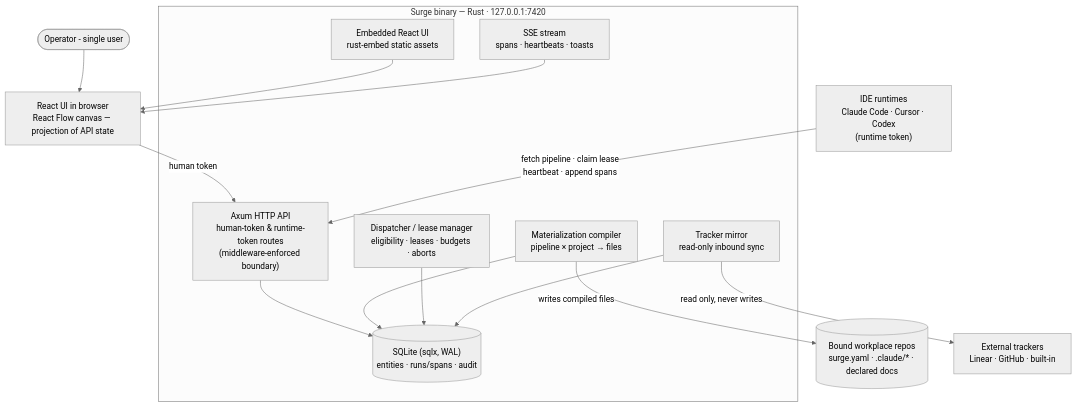
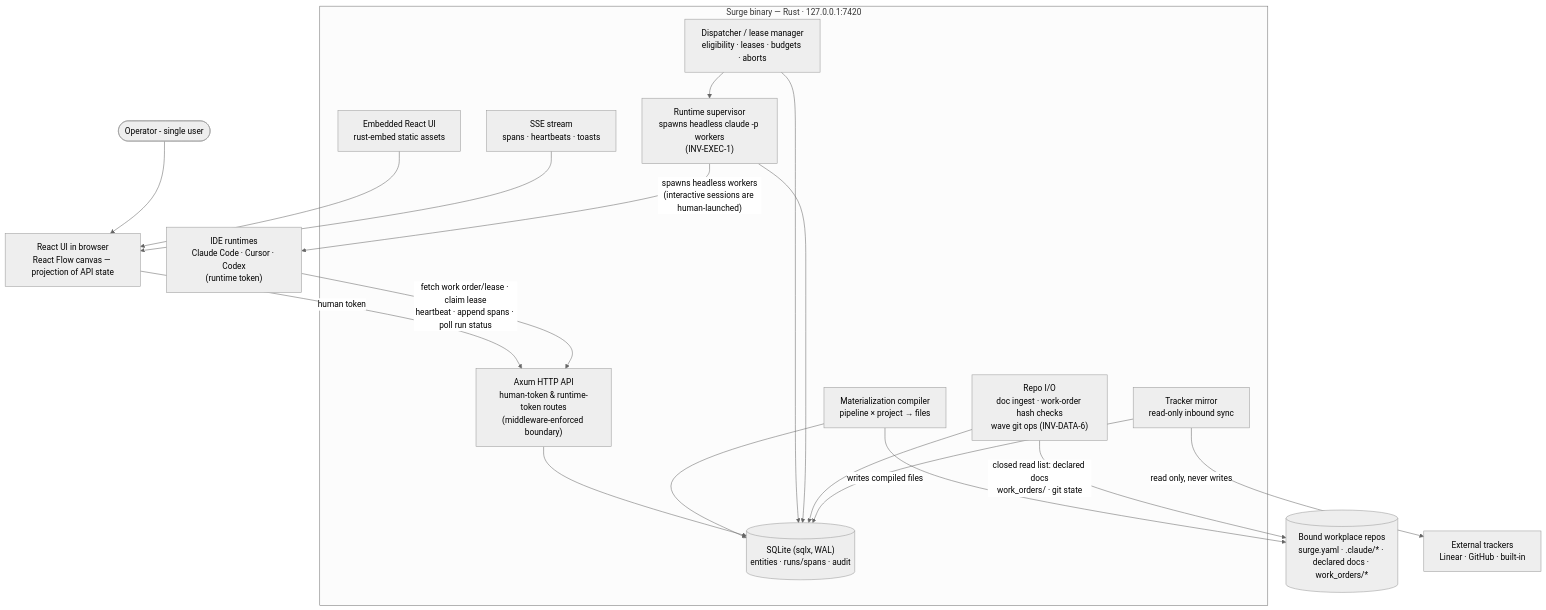
One commit to traitbound/surge changed the diagram in docs/product/architecture.md. Above: the diagram before and after it, drawn with Mermaid (neutral theme). The commit also changed other lines of this file and 8 other files, not shown here.

First line of the commit message:
Concept audit fixes: actuator, repo read path, closed-list amendments, hash identity

````diff
--- a/docs/product/architecture.md
+++ b/docs/product/architecture.md
@@ -7,31 +7,38 @@
 ```mermaid
 graph TB
     operator([Operator - single user])
 
     subgraph binary["Surge binary — Rust · 127.0.0.1:7420"]
         api["Axum HTTP API<br/>human-token & runtime-token routes<br/>(middleware-enforced boundary)"]
         db[("SQLite (sqlx, WAL)<br/>entities · runs/spans · audit")]
         compiler["Materialization compiler<br/>pipeline × project → files"]
         dispatcher["Dispatcher / lease manager<br/>eligibility · leases · budgets · aborts"]
+        supervisor["Runtime supervisor<br/>spawns headless claude -p workers<br/>(INV-EXEC-1)"]
+        repoio["Repo I/O<br/>doc ingest · work-order hash checks<br/>wave git ops (INV-DATA-6)"]
         mirror["Tracker mirror<br/>read-only inbound sync"]
         sse["SSE stream<br/>spans · heartbeats · toasts"]
         ui_assets["Embedded React UI<br/>rust-embed static assets"]
     end
 
     browser["React UI in browser<br/>React Flow canvas — projection of API state"]
     runtime["IDE runtimes<br/>Claude Code · Cursor · Codex<br/>(runtime token)"]
-    repo[("Bound workplace repos<br/>surge.yaml · .claude/* · declared docs")]
+    repo[("Bound workplace repos<br/>surge.yaml · .claude/* · declared docs · work_orders/*")]
     tracker["External trackers<br/>Linear · GitHub · built-in"]
 
     operator --> browser
     browser -->|"human token"| api
     ui_assets --> browser
     sse --> browser
-    runtime -->|"fetch pipeline · claim lease<br/>heartbeat · append spans"| api
+    runtime -->|"fetch work order/lease · claim lease<br/>heartbeat · append spans · poll run status"| api
     api --> db
     compiler --> db
     dispatcher --> db
+    supervisor --> db
+    repoio --> db
     mirror --> db
+    dispatcher --> supervisor
+    supervisor -->|"spawns headless workers<br/>(interactive sessions are human-launched)"| runtime
     compiler -->|"writes compiled files"| repo
+    repoio -->|"closed read list: declared docs<br/>work_orders/ · git state"| repo
     mirror -->|"read only, never writes"| tracker
 ```
````
